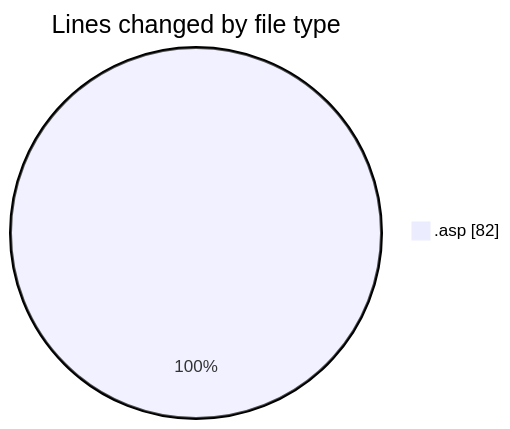
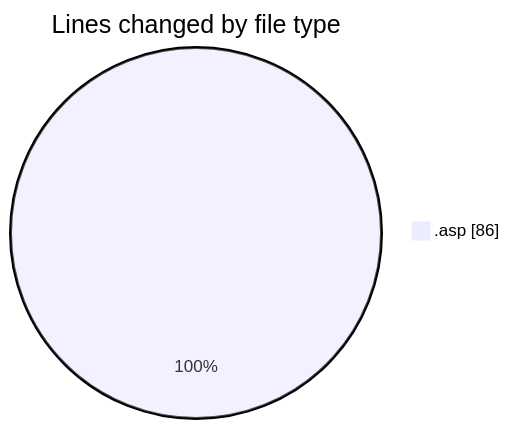
Before and after one commit to julien-gomy/code-tracking: the first of 2 diagrams in 2025-11-13/cdp_aleoudev_fr__workspace_/README.md, drawn with Mermaid. The commit also changed other lines of this file and 1 other file, not shown here.

````diff
--- a/2025-11-13/cdp_aleoudev_fr__workspace_/README.md
+++ b/2025-11-13/cdp_aleoudev_fr__workspace_/README.md
@@ -20,5 +20,5 @@
 ```mermaid
 pie showData
 title Lines changed by file type
-".asp" : 82
+".asp" : 86
 ```
````
